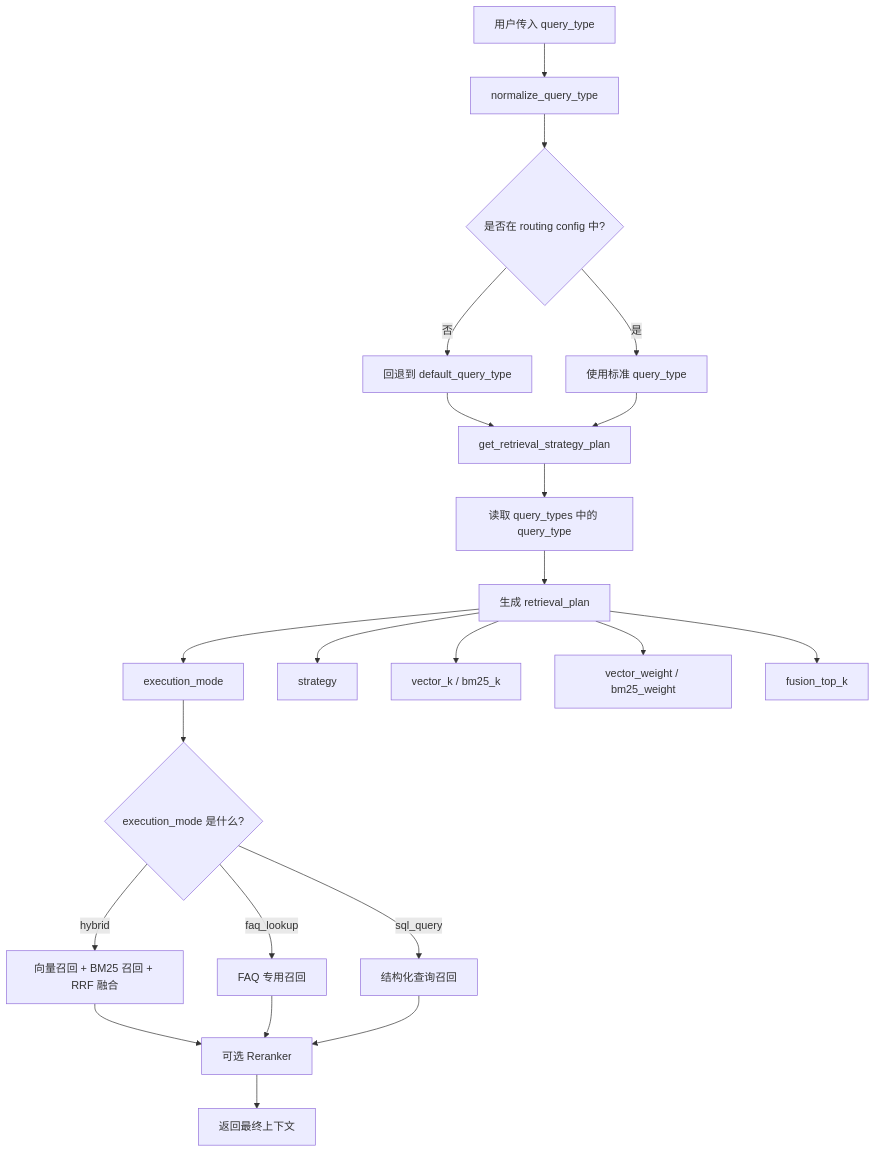
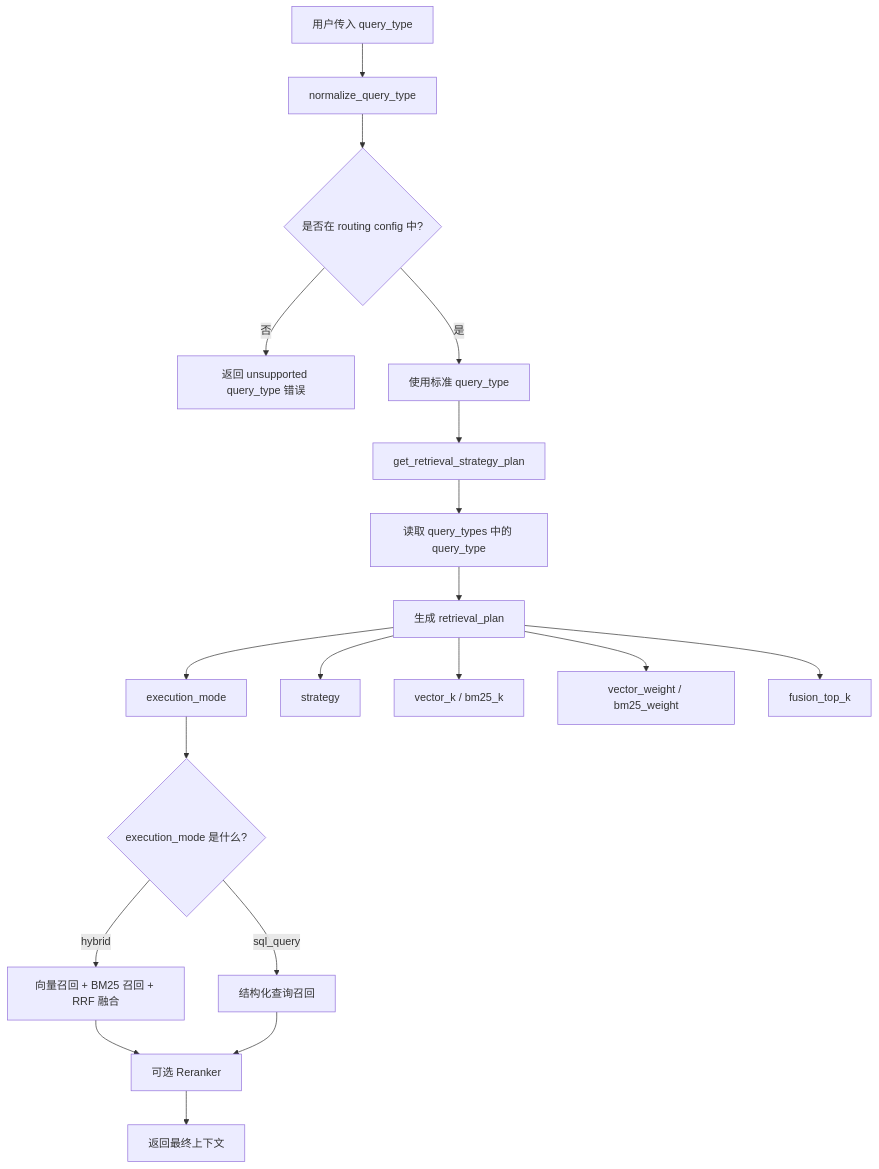
One commit to benli2023/RAG changed the fourth of 4 diagrams in backend/Diagram.md. Above: the diagram before and after it, drawn with Mermaid. The commit also changed other lines of this file and 12 other files, not shown here.

````diff
--- a/backend/Diagram.md
+++ b/backend/Diagram.md
@@ -110,27 +110,24 @@
 ```mermaid
 flowchart TD
     A[用户传入 query_type] --> B[normalize_query_type]
     B --> C{是否在 routing config 中?}
-    C -->|否| D[回退到 default_query_type]
+    C -->|否| D[返回 unsupported query_type 错误]
     C -->|是| E[使用标准 query_type]
-    D --> F[get_retrieval_strategy_plan]
-    E --> F
+    E --> F[get_retrieval_strategy_plan]
 
     F --> G[读取 query_types 中的 query_type]
     G --> H[生成 retrieval_plan]
     H --> I[execution_mode]
     H --> J[strategy]
     H --> K[vector_k / bm25_k]
     H --> L[vector_weight / bm25_weight]
     H --> M[fusion_top_k]
 
     I --> N{execution_mode 是什么?}
     N -->|hybrid| O[向量召回 + BM25 召回 + RRF 融合]
-    N -->|faq_lookup| P[FAQ 专用召回]
-    N -->|sql_query| Q[结构化查询召回]
+    N -->|sql_query| P[结构化查询召回]
 
-    O --> R[可选 Reranker]
-    P --> R
-    Q --> R
-    R --> S[返回最终上下文]
+    O --> Q[可选 Reranker]
+    P --> Q
+    Q --> R[返回最终上下文]
 ```
````
